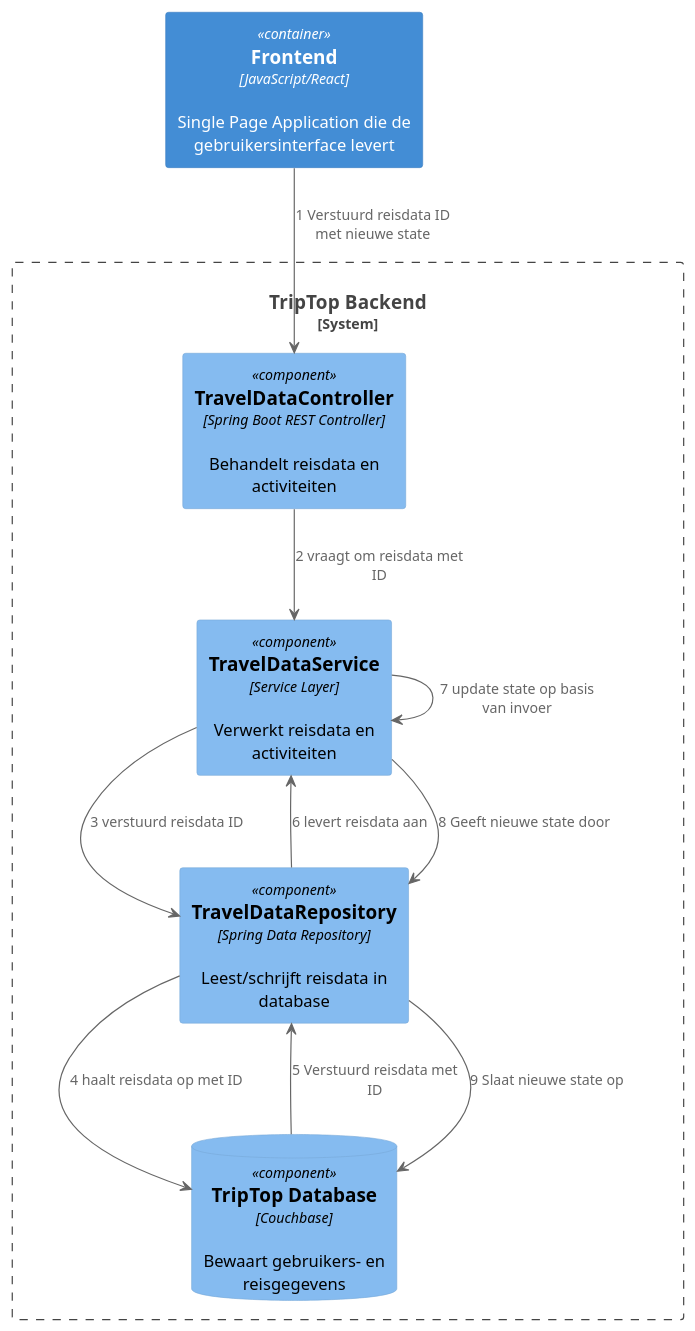
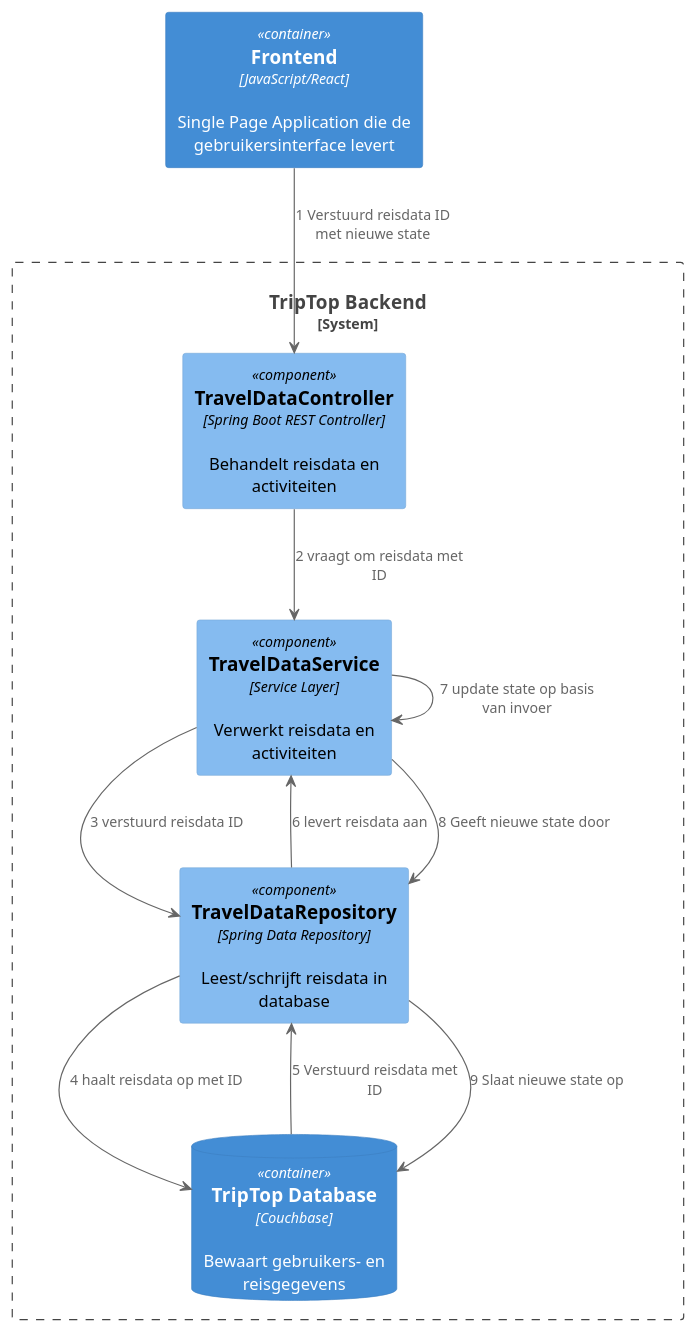
Before and after one commit to AIM-ENE-feb25/triptop-groep-3: the diagram in opdracht-diagrammen/C4 OntwerpVraag Jordy/DynamicStateDiagram.puml, drawn with PlantUML. The commit also changed 5 other files, not shown here.

```diff
--- a/opdracht-diagrammen/C4 OntwerpVraag Jordy/DynamicStateDiagram.puml
+++ b/opdracht-diagrammen/C4 OntwerpVraag Jordy/DynamicStateDiagram.puml
@@ -1,25 +1,25 @@
 @startuml C4_Components
 !include https://raw.githubusercontent.com/plantuml-stdlib/C4-PlantUML/master/C4_Component.puml
 
 Container(Frontend, "Frontend", "JavaScript/React", "Single Page Application die de gebruikersinterface levert")
 
 ' Backend Componenten
 System_Boundary(Backend, "TripTop Backend") {
     Component(TravelDataController, "TravelDataController", "Spring Boot REST Controller", "Behandelt reisdata en activiteiten")
     Component(TravelDataService, "TravelDataService", "Service Layer", "Verwerkt reisdata en activiteiten")
     Component(TravelDataRepository, "TravelDataRepository", "Spring Data Repository", "Leest/schrijft reisdata in database")
-    ComponentDb(Database, "TripTop Database", "Couchbase", "Bewaart gebruikers- en reisgegevens")
+    ContainerDb(Database, "TripTop Database", "Couchbase", "Bewaart gebruikers- en reisgegevens")
 }
 
 ' Stappen
 Frontend -down-> TravelDataController : "1 Verstuurd reisdata ID met nieuwe state"
 TravelDataController -down-> TravelDataService : "2 vraagt om reisdata met ID"
 TravelDataService -down-> TravelDataRepository : "3 verstuurd reisdata ID"
 TravelDataRepository -down-> Database : "4 haalt reisdata op met ID"
 Database -up-> TravelDataRepository : "5 Verstuurd reisdata met ID"
 TravelDataRepository -up-> TravelDataService : "6 levert reisdata aan"
 TravelDataService -down-> TravelDataService : "7 update state op basis van invoer"
 TravelDataService -down-> TravelDataRepository : "8 Geeft nieuwe state door"
 TravelDataRepository -down-> Database : "9 Slaat nieuwe state op"
 
 @enduml
```
